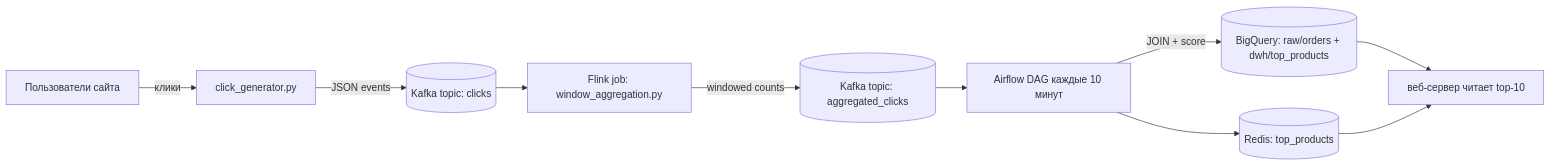
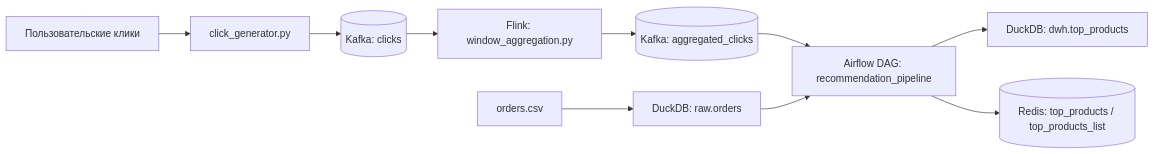
Before and after one commit to MatveiRay/data-platform-workshop-lab1: the diagram in README.md, drawn with Mermaid. The commit also changed other lines of this file, not shown here.

````diff
--- a/README.md
+++ b/README.md
@@ -7,12 +62,12 @@
 ```mermaid
 flowchart LR
-  U[Пользователи сайта] -->|клики| G[click_generator.py]
-  G -->|JSON events| K[(Kafka topic: clicks)]
-  K --> F[Flink job: window_aggregation.py]
-  F -->|windowed counts| K2[(Kafka topic: aggregated_clicks)]
-  K2 --> A[Airflow DAG каждые 10 минут]
-  A -->|JOIN + score| BQ[(BigQuery: raw/orders + dwh/top_products)]
-  A --> R[(Redis: top_products)]
-  BQ --> W[веб-сервер читает top-10]
-  R --> W
+    U[Пользовательские клики] --> G[click_generator.py]
+    G --> K1[(Kafka: clicks)]
+    K1 --> F[Flink: window_aggregation.py]
+    F --> K2[(Kafka: aggregated_clicks)]
+    K2 --> A[Airflow DAG: recommendation_pipeline]
+    O[orders.csv] --> D1[DuckDB: raw.orders]
+    D1 --> A
+    A --> D2[DuckDB: dwh.top_products]
+    A --> R[(Redis: top_products / top_products_list)]
 ```
````
